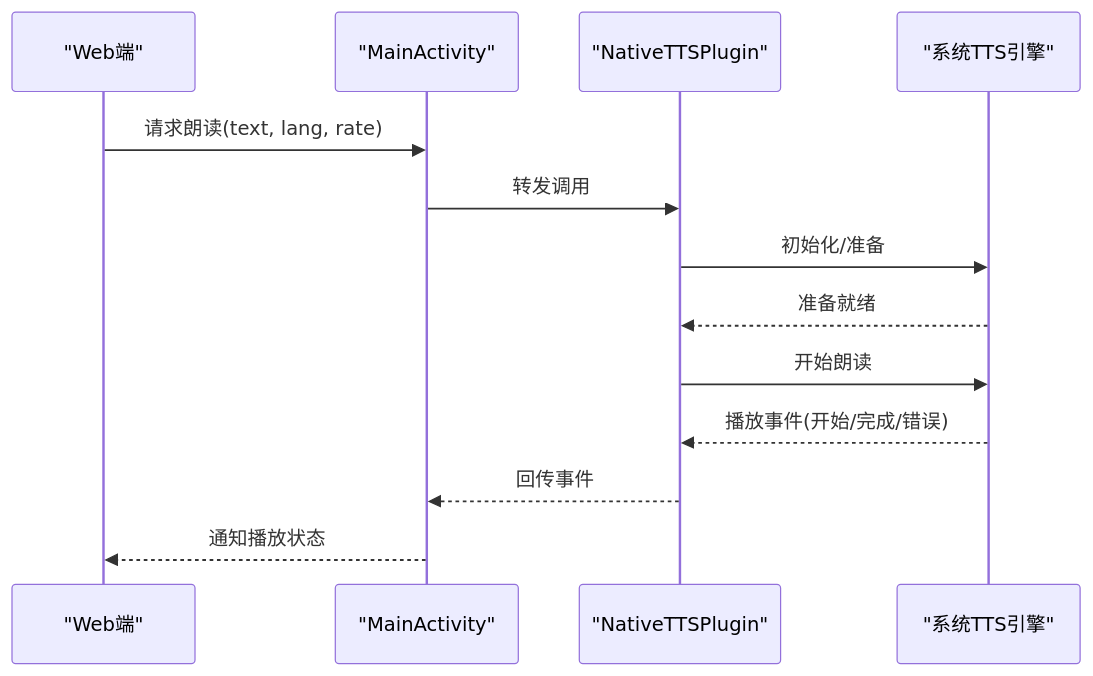
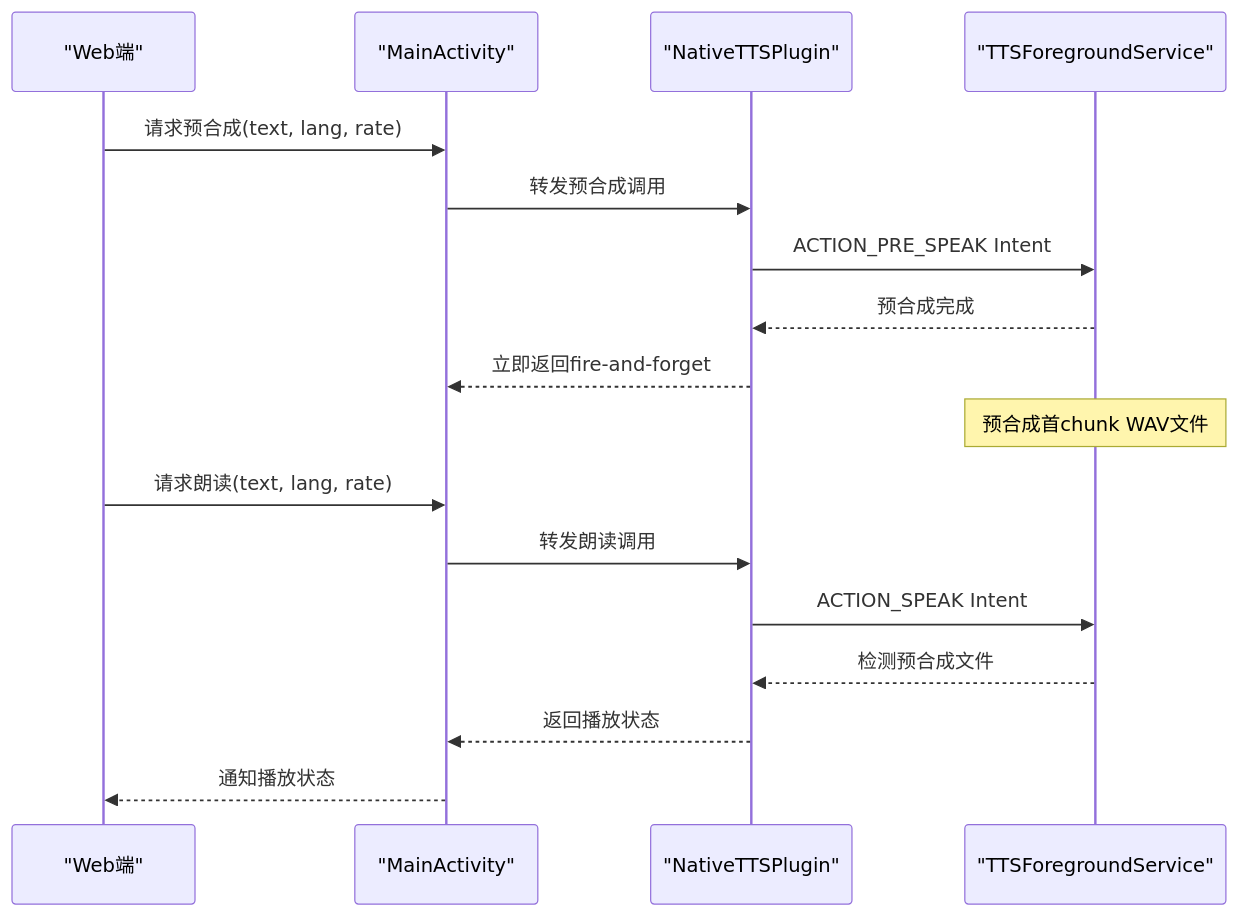
One commit to zhao-zg/cx changed the seventh of 10 diagrams in .qoder/repowiki/zh/content/移动应用开发/移动应用开发.md. Above: the diagram before and after it, drawn with Mermaid. The commit also changed other lines of this file and 48 other files, not shown here.

````diff
--- a/.qoder/repowiki/zh/content/移动应用开发/移动应用开发.md
+++ b/.qoder/repowiki/zh/content/移动应用开发/移动应用开发.md
@@ -315,15 +349,19 @@
 ```mermaid
 sequenceDiagram
 participant W as "Web端"
 participant M as "MainActivity"
 participant T as "NativeTTSPlugin"
-participant S as "系统TTS引擎"
+participant S as "TTSForegroundService"
+W->>M : 请求预合成(text, lang, rate)
+M->>T : 转发预合成调用
+T->>S : ACTION_PRE_SPEAK Intent
+S-->>T : 预合成完成
+T-->>M : 立即返回fire-and-forget
+Note over S : 预合成首chunk WAV文件
 W->>M : 请求朗读(text, lang, rate)
-M->>T : 转发调用
-T->>S : 初始化/准备
-S-->>T : 准备就绪
-T->>S : 开始朗读
-S-->>T : 播放事件(开始/完成/错误)
-T-->>M : 回传事件
+M->>T : 转发朗读调用
+T->>S : ACTION_SPEAK Intent
+S-->>T : 检测预合成文件
+T-->>M : 返回播放状态
 M-->>W : 通知播放状态
 ```
````
